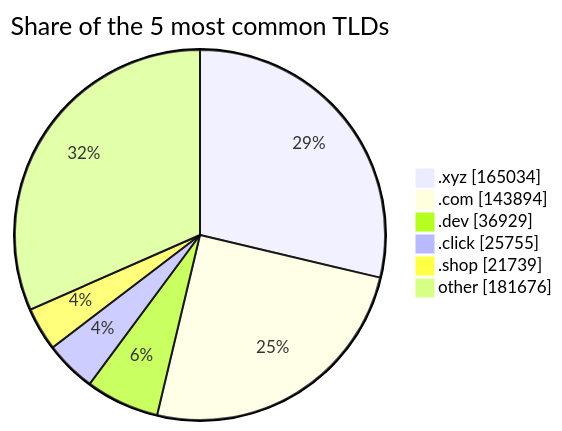
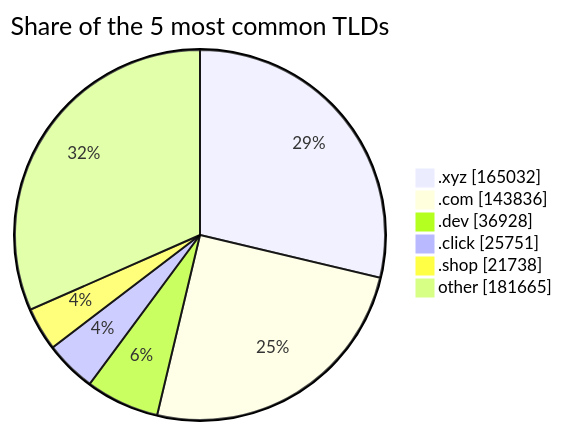
The third of 3 diagrams in README.md (DNSBunker/CTI), drawn with Mermaid before and after one commit. The commit also changed other lines of this file and 3 other files, not shown here.

````diff
--- a/README.md
+++ b/README.md
@@ -81,9 +81,9 @@
 ```mermaid
 pie showData title Share of the 5 most common TLDs
-    ".xyz" : 165034
-    ".com" : 143894
-    ".dev" : 36929
-    ".click" : 25755
-    ".shop" : 21739
-    "other" : 181676
+    ".xyz" : 165032
+    ".com" : 143836
+    ".dev" : 36928
+    ".click" : 25751
+    ".shop" : 21738
+    "other" : 181665
 ```
````
